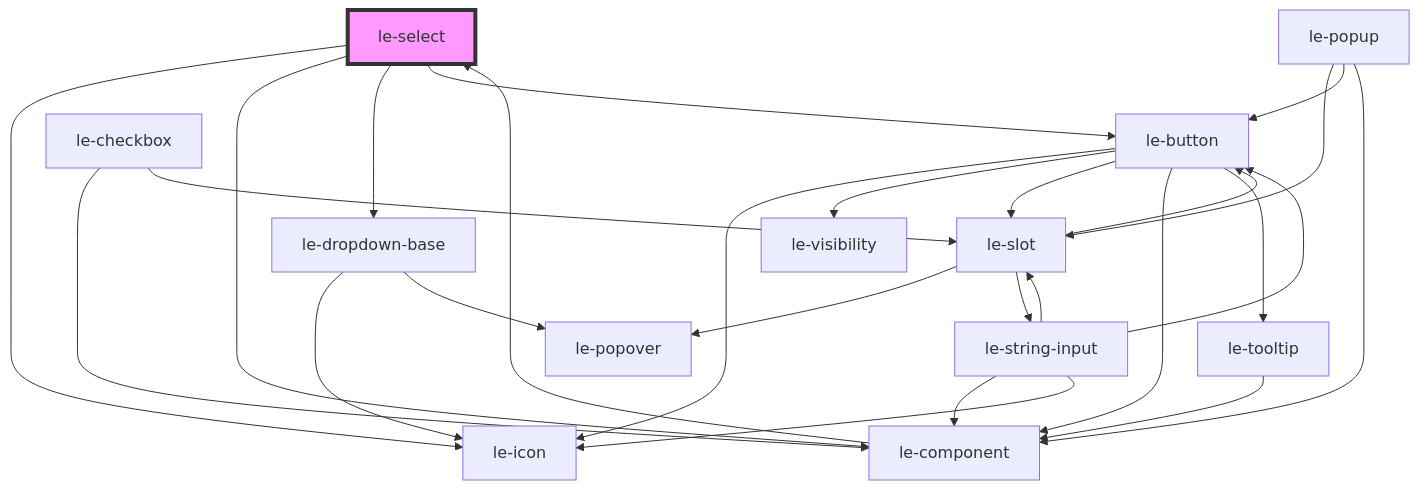
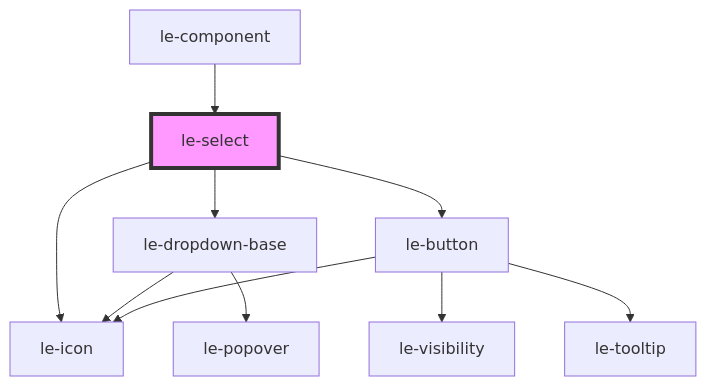
One commit to leechy/le-kit changed the diagram in packages/core/src/components/le-select/readme.md. Above: the diagram before and after it, drawn with Mermaid. The commit also changed 44 other files, not shown here.

````diff
--- a/packages/core/src/components/le-select/readme.md
+++ b/packages/core/src/components/le-select/readme.md
@@ -82,29 +82,13 @@
 ```mermaid
 graph TD;
   le-select --> le-icon
-  le-select --> le-component
   le-select --> le-dropdown-base
   le-select --> le-button
-  le-component --> le-select
+  le-dropdown-base --> le-icon
+  le-dropdown-base --> le-popover
   le-button --> le-icon
   le-button --> le-visibility
-  le-button --> le-slot
-  le-button --> le-component
   le-button --> le-tooltip
-  le-slot --> le-popover
-  le-slot --> le-button
-  le-slot --> le-string-input
-  le-string-input --> le-component
-  le-string-input --> le-button
-  le-string-input --> le-icon
-  le-string-input --> le-slot
-  le-tooltip --> le-component
-  le-checkbox --> le-component
-  le-checkbox --> le-slot
-  le-popup --> le-slot
-  le-popup --> le-button
-  le-popup --> le-component
-  le-dropdown-base --> le-icon
-  le-dropdown-base --> le-popover
+  le-component --> le-select
   style le-select fill:#f9f,stroke:#333,stroke-width:4px
 ```
````
